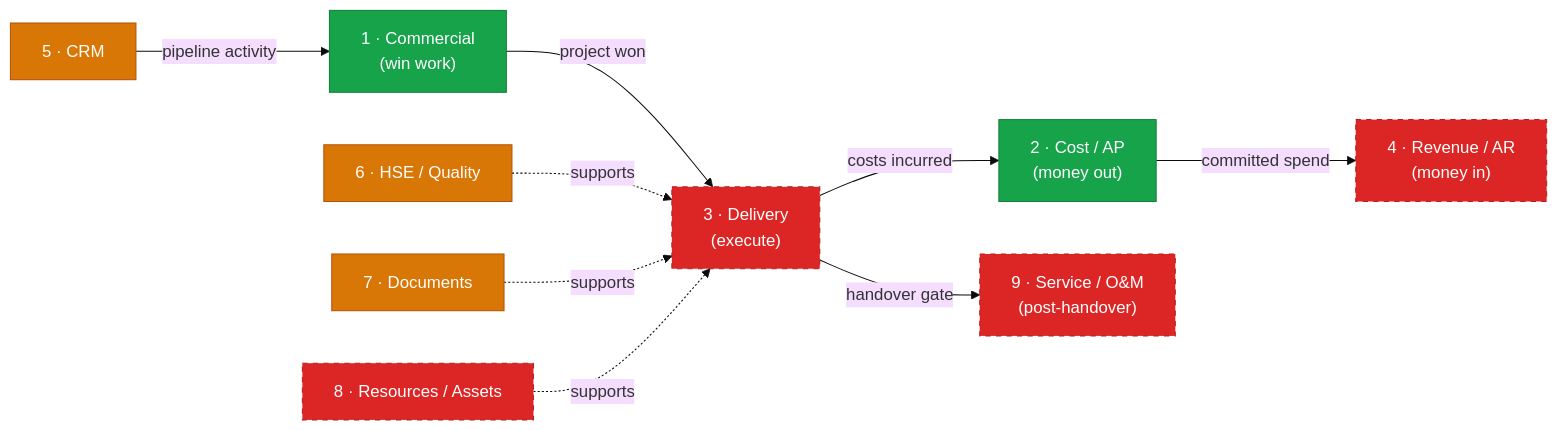
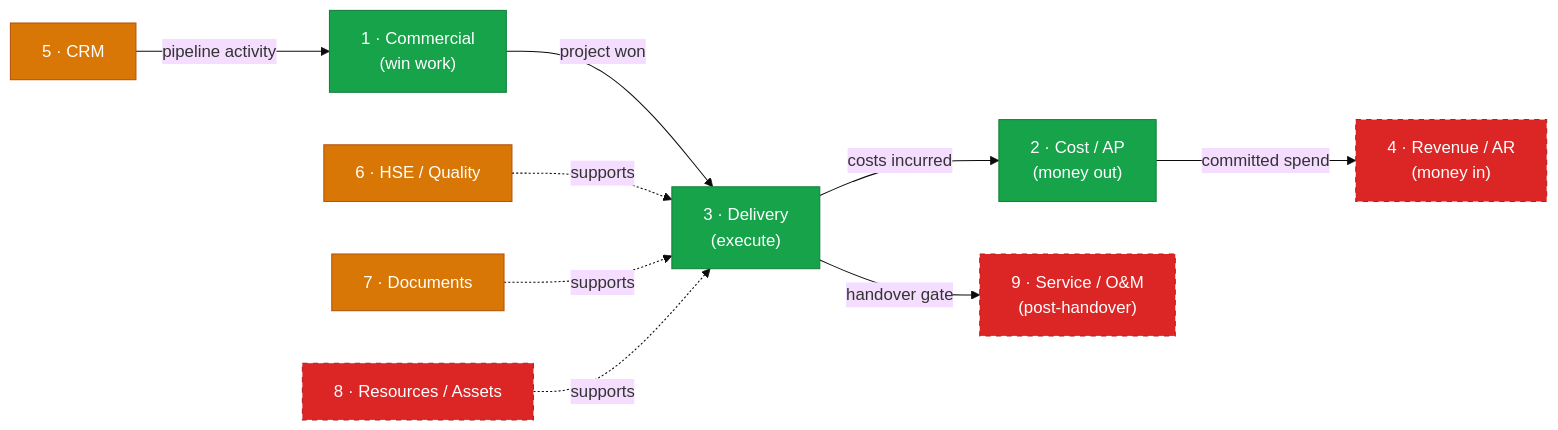
One commit to ariefsaid/PMO changed the diagram in docs/roadmap-spines.md. Above: the diagram before and after it, drawn with Mermaid (base theme). The commit also changed other lines of this file and 3 other files, not shown here.

````diff
--- a/docs/roadmap-spines.md
+++ b/docs/roadmap-spines.md
@@ -37,27 +37,27 @@
 ```mermaid
 flowchart LR
     classDef built    fill:#16a34a,color:#fff,stroke:#15803d
     classDef partial  fill:#d97706,color:#fff,stroke:#b45309
     classDef missing  fill:#dc2626,color:#fff,stroke:#b91c1c,stroke-dasharray:5 5
 
     S1["1 · Commercial\n(win work)"]:::built
-    S3["3 · Delivery\n(execute)"]:::missing
+    S3["3 · Delivery\n(execute)"]:::built
     S2["2 · Cost / AP\n(money out)"]:::built
     S4["4 · Revenue / AR\n(money in)"]:::missing
     S5["5 · CRM"]:::partial
     S6["6 · HSE / Quality"]:::partial
     S7["7 · Documents"]:::partial
     S8["8 · Resources / Assets"]:::missing
     S9["9 · Service / O&M\n(post-handover)"]:::missing
 
     S1 -->|"project won"| S3
     S3 -->|"costs incurred"| S2
     S2 -->|"committed spend"| S4
     S5 -->|"pipeline activity"| S1
 
     S3 -->|"handover gate"| S9
 
     S6 -.->|"supports"| S3
     S7 -.->|"supports"| S3
     S8 -.->|"supports"| S3
 ```
````
